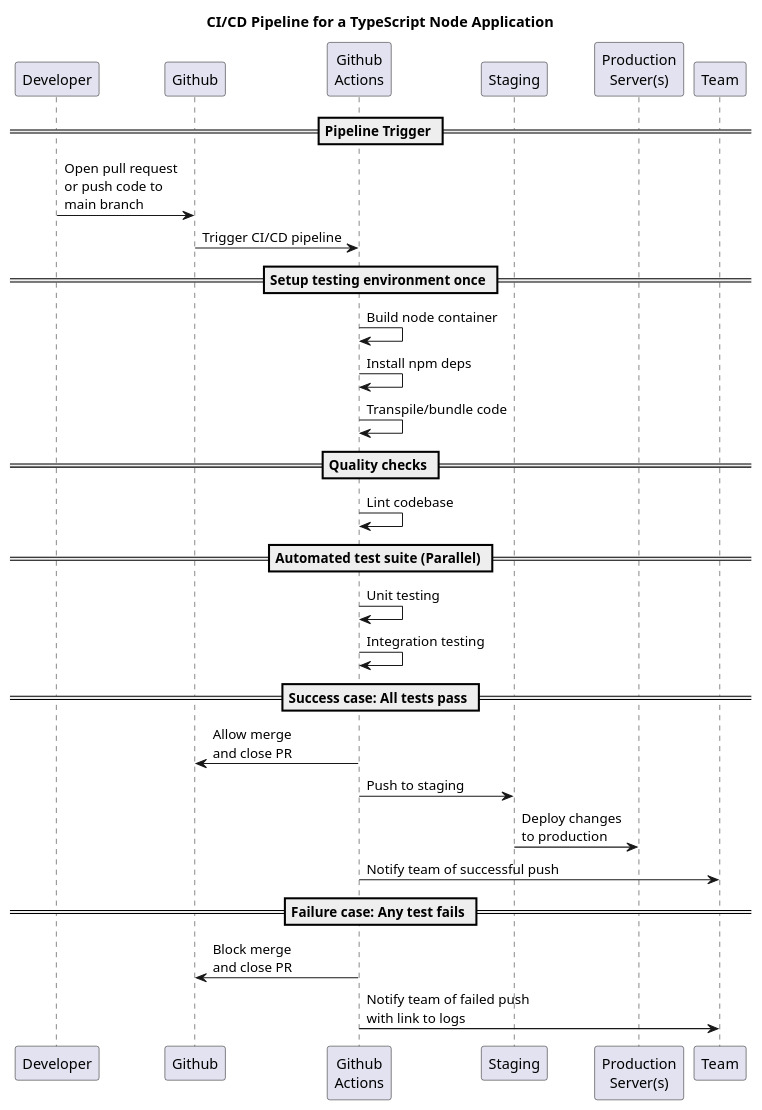
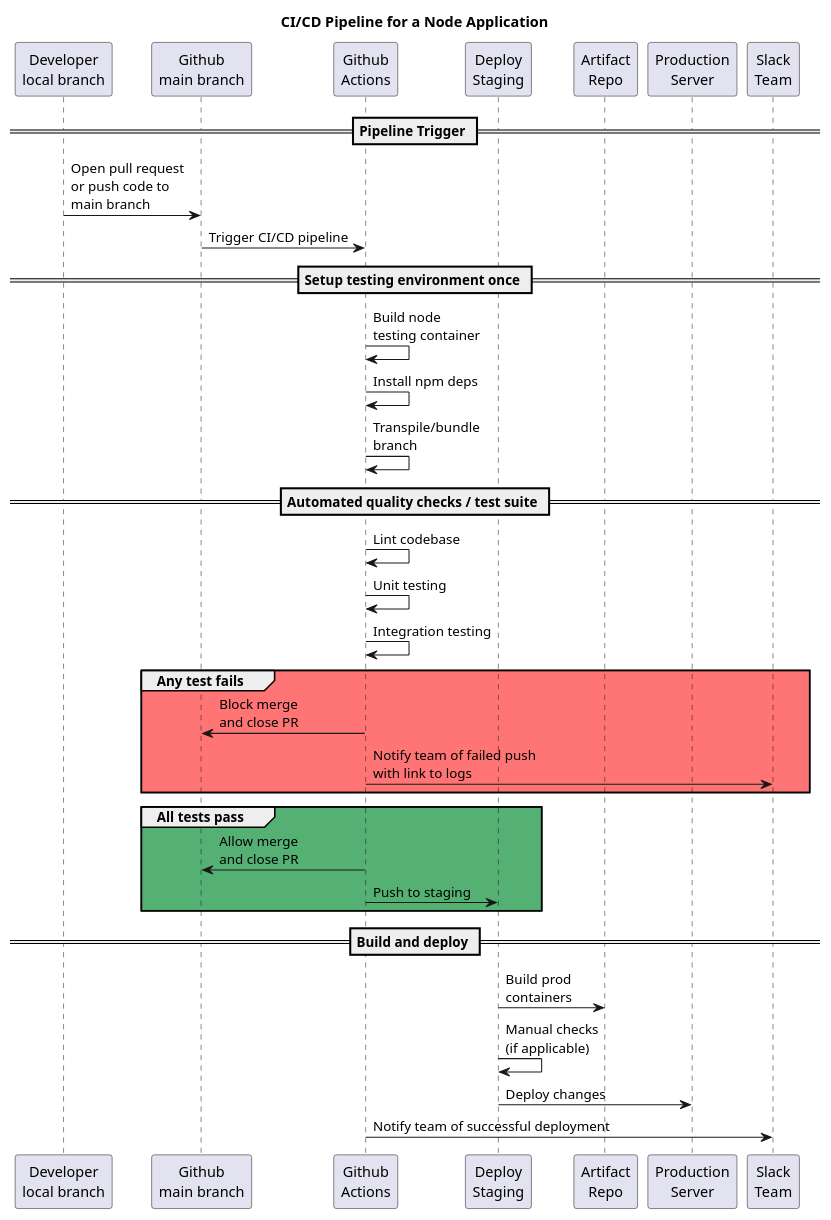
One commit to jdetok/is5500 changed the diagram in wk7/puml/src/seq.puml. Above: the diagram before and after it, drawn with PlantUML. The commit also changed 3 other files, not shown here.

```diff
--- a/wk7/puml/src/seq.puml
+++ b/wk7/puml/src/seq.puml
@@ -1,32 +1,36 @@
 @startuml cicd
-title CI/CD Pipeline for a TypeScript Node Application
+title CI/CD Pipeline for a Node Application
 
-participant Developer as dev
-participant Github as repo
+participant "Developer\nlocal branch" as dev
+participant "Github\nmain branch" as repo
 participant "Github\nActions" as act
-participant Staging as stage
-participant "Production\nServer(s)" as prod
-participant Team as team
+participant "Deploy\nStaging" as stage
+participant "Artifact\nRepo" as store
+participant "Production\nServer" as prod
+participant "Slack\nTeam" as team
 
 == Pipeline Trigger ==
 dev -> repo : Open pull request\nor push code to\nmain branch
 repo -> act: Trigger CI/CD pipeline
 == Setup testing environment once ==
-act -> act : Build node container
+act -> act : Build node\ntesting container
 act -> act : Install npm deps
-act -> act : Transpile/bundle code
-== Quality checks ==
+act -> act : Transpile/bundle\nbranch
+== Automated quality checks / test suite ==
 act -> act : Lint codebase
-== Automated test suite (Parallel) ==
 act -> act : Unit testing
 act -> act : Integration testing
-== Success case: All tests pass ==
-act -> repo : Allow merge\nand close PR
-act -> stage : Push to staging
-stage -> prod : Deploy changes\nto production
-act -> team : Notify team of successful push
-== Failure case: Any test fails ==
-act -> repo : Block merge\nand close PR
-act -> team : Notify team of failed push\nwith link to logs
-
+group  #ff7474 Any test fails
+    act -> repo : Block merge\nand close PR
+    act -> team : Notify team of failed push\nwith link to logs
+end
+group #54b173 All tests pass
+    act -> repo : Allow merge\nand close PR
+    act -> stage : Push to staging
+end
+== Build and deploy ==
+stage -> store : Build prod\ncontainers
+stage -> stage : Manual checks\n(if applicable)
+stage -> prod : Deploy changes
+act -> team : Notify team of successful deployment
 @enduml
```
